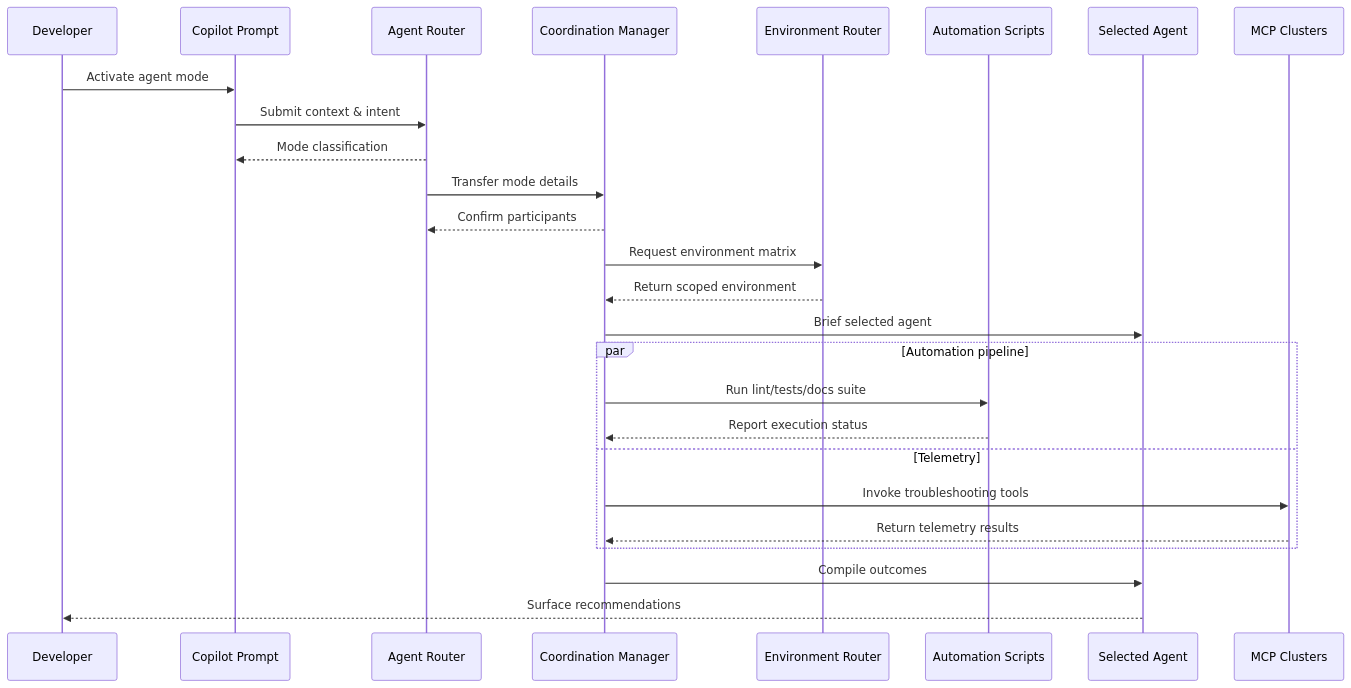
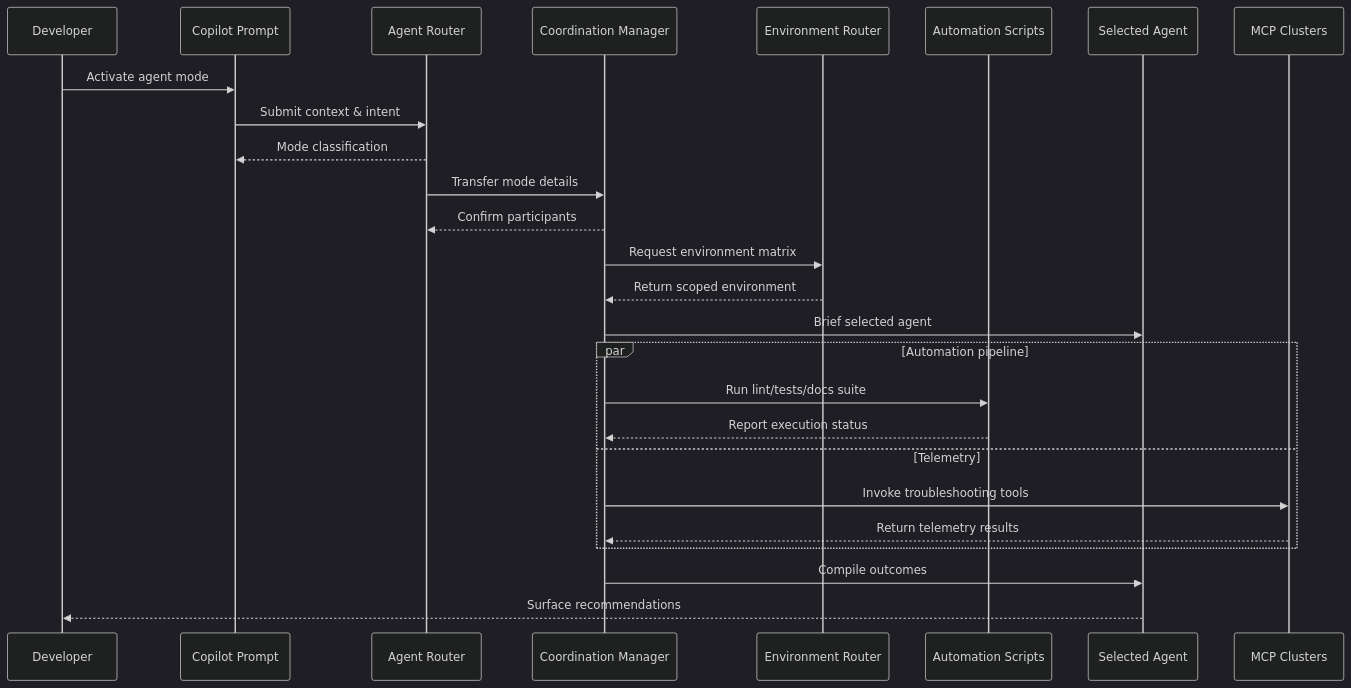
One commit to Alextorelli/ProspectPro changed the diagram in docs/tooling/end-state/agent-mode-flow.mmd. Above: the diagram before and after it, drawn with Mermaid. The commit also changed 3 other files, not shown here.

Commit message:
chore: update generation timestamp in CODEBASE_INDEX.md; standardize theme initialization in diagram files

```diff
--- a/docs/tooling/end-state/agent-mode-flow.mmd
+++ b/docs/tooling/end-state/agent-mode-flow.mmd
@@ -1,28 +1,28 @@
-
+%%{init: {'theme': 'dark'}}%%
 sequenceDiagram
     participant Developer
     participant Prompt as Copilot Prompt
     participant Router as Agent Router
     participant Coordinator as Coordination Manager
     participant Env as Environment Router
     participant Scripts as Automation Scripts
     participant Agent as Selected Agent
     participant MCP as MCP Clusters
 
     Developer->>Prompt: Activate agent mode
     Prompt->>Router: Submit context & intent
     Router-->>Prompt: Mode classification
     Router->>Coordinator: Transfer mode details
     Coordinator-->>Router: Confirm participants
     Coordinator->>Env: Request environment matrix
     Env-->>Coordinator: Return scoped environment
     Coordinator->>Agent: Brief selected agent
     par Automation pipeline
         Coordinator->>Scripts: Run lint/tests/docs suite
         Scripts-->>Coordinator: Report execution status
     and Telemetry
         Coordinator->>MCP: Invoke troubleshooting tools
         MCP-->>Coordinator: Return telemetry results
     end
     Coordinator->>Agent: Compile outcomes
     Agent-->>Developer: Surface recommendations
```
